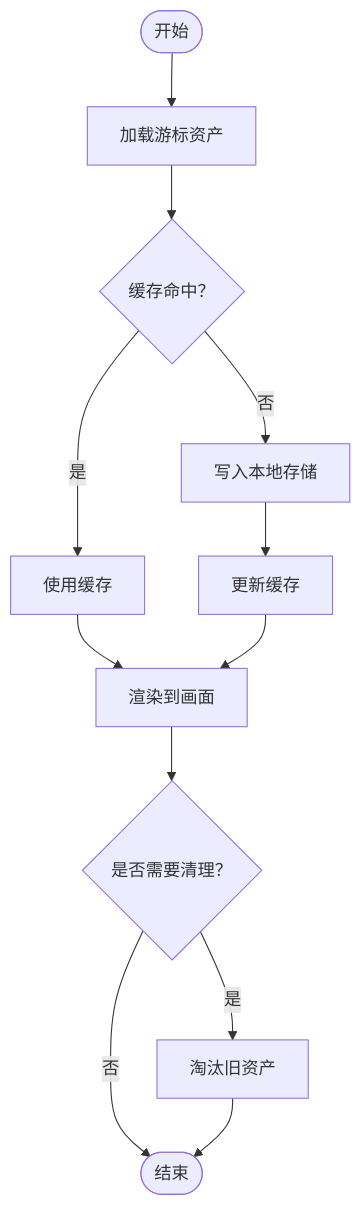
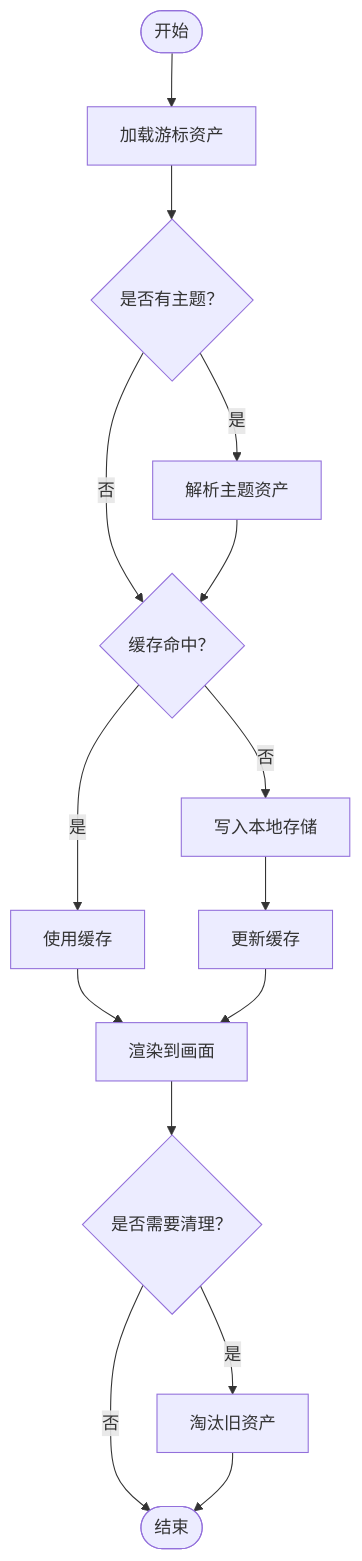
One commit to zhanggmin/openscreen changed the sixth of 9 diagrams in .qoder/repowiki/zh/content/游标遥测系统/游标资产管理系统.md. Above: the diagram before and after it, drawn with Mermaid. The commit also changed other lines of this file and 68 other files, not shown here.

Commit message:
开发图文编辑功能

````diff
--- a/.qoder/repowiki/zh/content/游标遥测系统/游标资产管理系统.md
+++ b/.qoder/repowiki/zh/content/游标遥测系统/游标资产管理系统.md
@@ -300,14 +333,17 @@
 ```mermaid
 flowchart TD
 Start(["开始"]) --> Load["加载游标资产"]
-Load --> CacheCheck{"缓存命中？"}
+Load --> ThemeCheck{"是否有主题？"}
+ThemeCheck --> |是| ResolveTheme["解析主题资产"]
+ThemeCheck --> |否| CacheCheck{"缓存命中？"}
+ResolveTheme --> CacheCheck
 CacheCheck --> |是| UseCache["使用缓存"]
 CacheCheck --> |否| Store["写入本地存储"]
 Store --> Cache["更新缓存"]
 UseCache --> Render["渲染到画面"]
 Cache --> Render
 Render --> Cleanup{"是否需要清理？"}
 Cleanup --> |是| Evict["淘汰旧资产"]
 Cleanup --> |否| End(["结束"])
 Evict --> End
 ```
````
